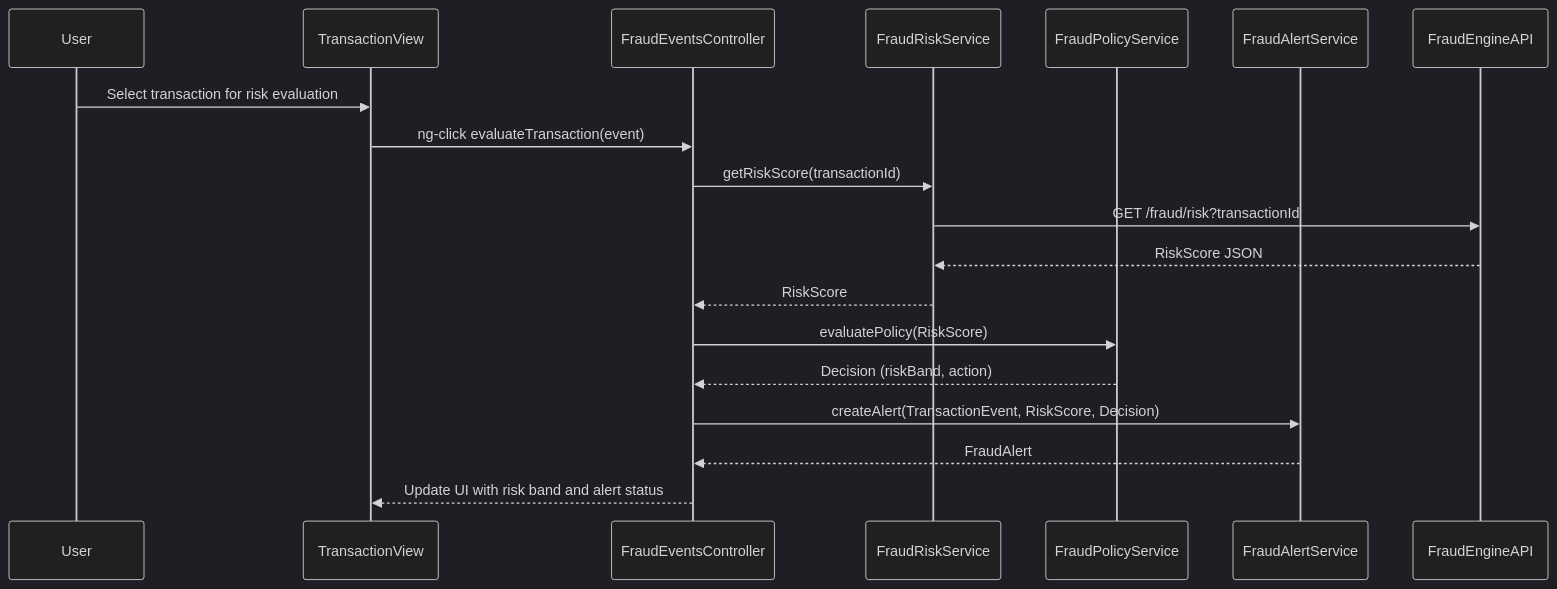
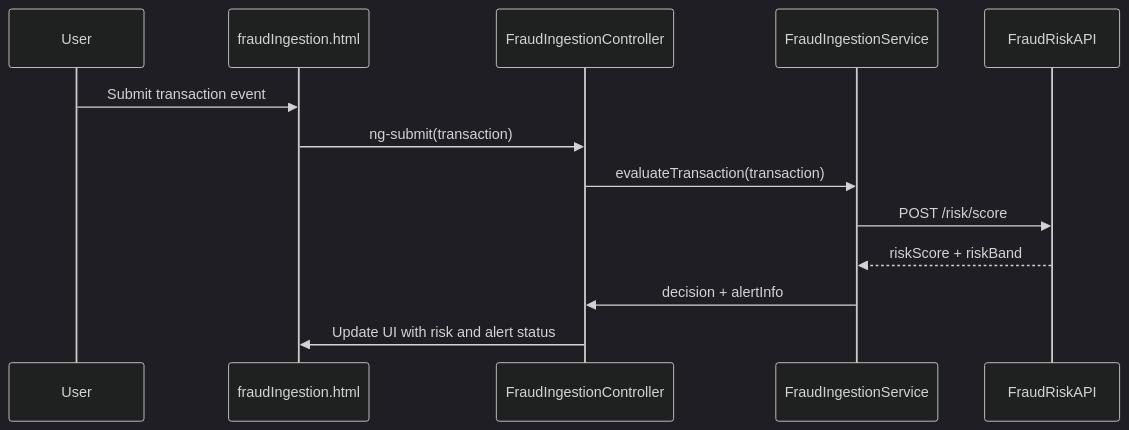
Before and after one commit to Davamani-git/APB_Demo: the diagram in LLD/QE-5605_LLD.md, drawn with Mermaid (dark theme). The commit also changed other lines of this file and 2 other files, not shown here.

````diff
--- a/LLD/QE-5605_LLD.md
+++ b/LLD/QE-5605_LLD.md
@@ -104,22 +89,16 @@
 ```mermaid
 sequenceDiagram
-  participant User
-  participant View as TransactionView
-  participant Controller as FraudEventsController
-  participant Service as FraudRiskService
-  participant Policy as FraudPolicyService
-  participant Alert as FraudAlertService
-  participant API as FraudEngineAPI
+    participant User
+    participant View as fraudIngestion.html
+    participant Controller as FraudIngestionController
+    participant Service as FraudIngestionService
+    participant RiskAPI as FraudRiskAPI
 
-  User->>View: Select transaction for risk evaluation
-  View->>Controller: ng-click evaluateTransaction(event)
-  Controller->>Service: getRiskScore(transactionId)
-  Service->>API: GET /fraud/risk?transactionId
-  API-->>Service: RiskScore JSON
-  Service-->>Controller: RiskScore
-  Controller->>Policy: evaluatePolicy(RiskScore)
-  Policy-->>Controller: Decision (riskBand, action)
-  Controller->>Alert: createAlert(TransactionEvent, RiskScore, Decision)
-  Alert-->>Controller: FraudAlert
-  Controller-->>View: Update UI with risk band and alert status
+    User->>View: Submit transaction event
+    View->>Controller: ng-submit(transaction)
+    Controller->>Service: evaluateTransaction(transaction)
+    Service->>RiskAPI: POST /risk/score
+    RiskAPI-->>Service: riskScore + riskBand
+    Service->>Controller: decision + alertInfo
+    Controller->>View: Update UI with risk and alert status
 ```
````
